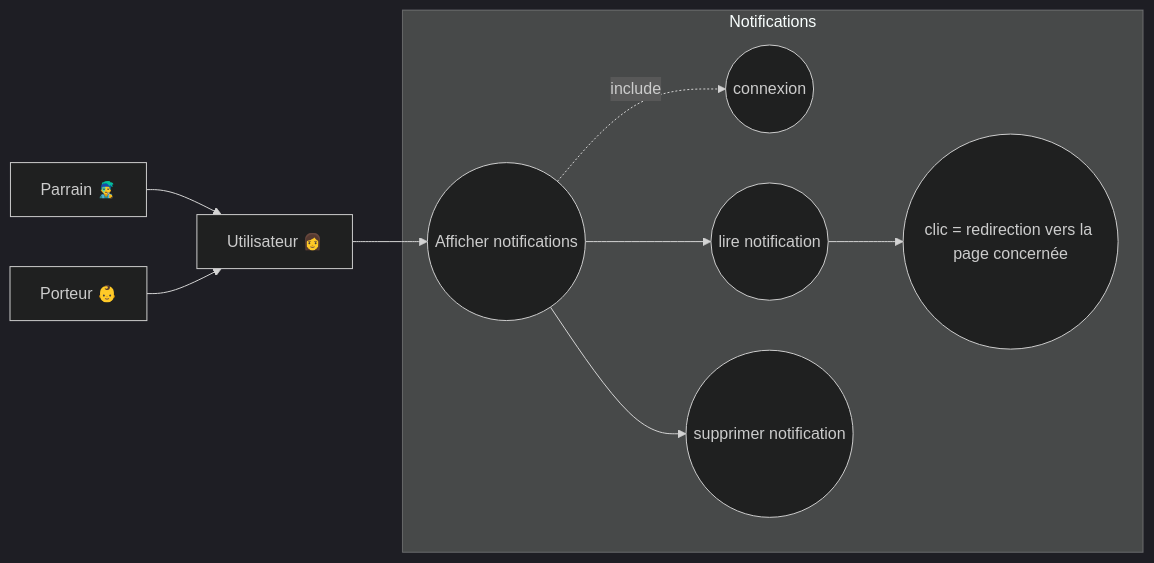
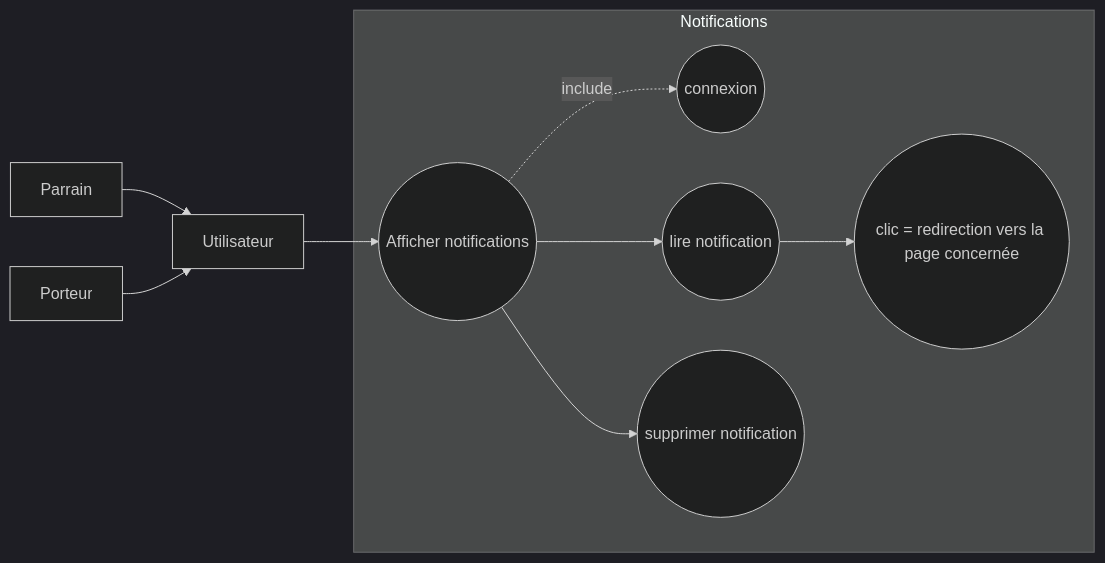
The third of 8 diagrams in docs/use-cases/useCaseDiagram.md (corantoine/TTM), drawn with Mermaid (dark theme) before and after one commit. The commit also changed other lines of this file and 31 other files, not shown here.

````diff
--- a/docs/use-cases/useCaseDiagram.md
+++ b/docs/use-cases/useCaseDiagram.md
@@ -65,21 +61,20 @@
 ```mermaid
 flowchart LR
 subgraph Notifications
 log((connexion))
 uc1((Afficher notifications))
 uc2((lire notification))
 uc3((supprimer notification))
 uc4((clic = redirection vers la page concernée))
 end
 
 user --> uc1 -. include .-> log
 uc1 --> uc2
 uc1 --> uc3
 uc2 --> uc4
-user[Utilisateur 👩]
-port[Porteur 👶]
-parr[Parrain 👨‍🎤]
+user[Utilisateur]
+port[Porteur]
+parr[Parrain]
 parr --> user
 port --> user
-
 ```
````
